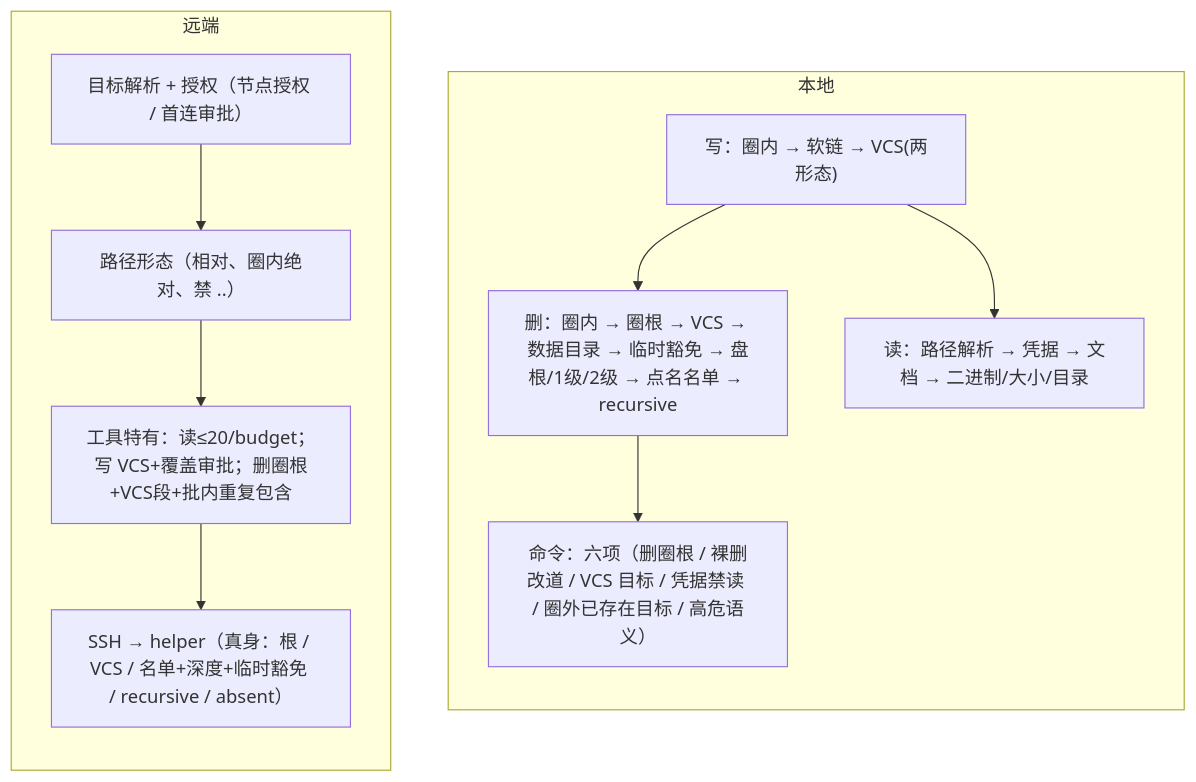
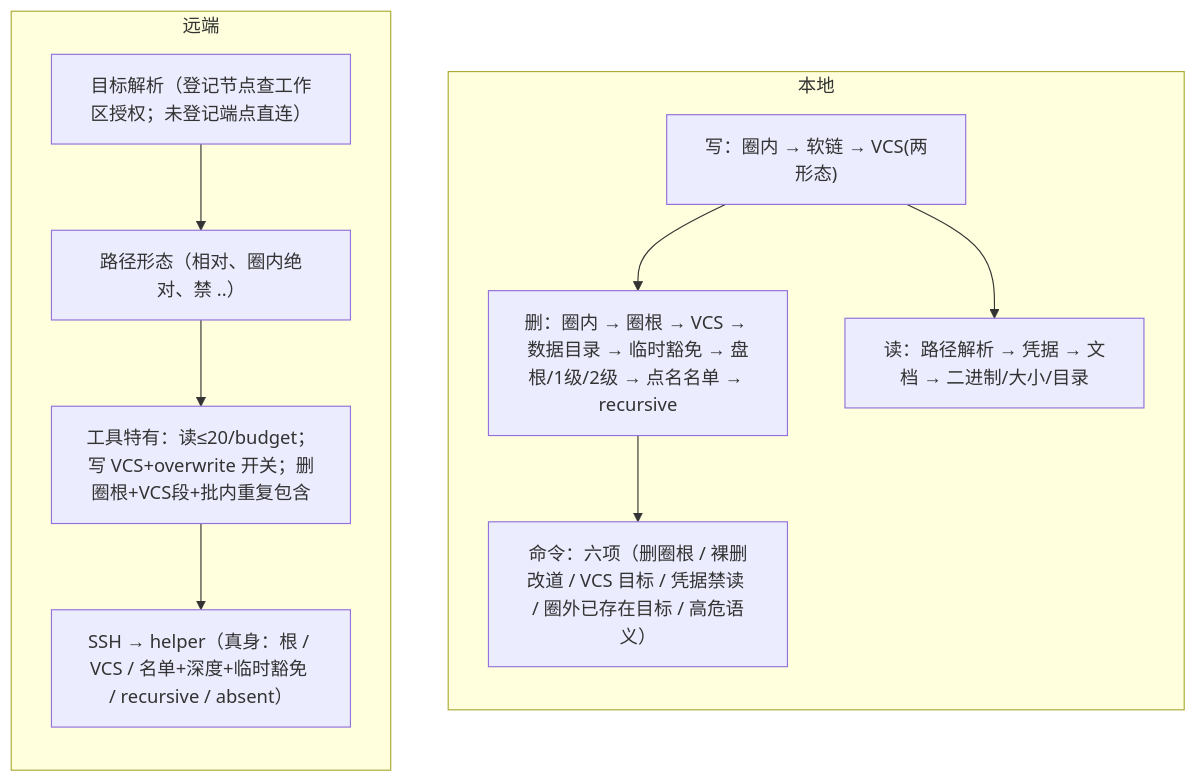
One commit to Bronya0/ally-agent changed the diagram in docs/safety-fence.md. Above: the diagram before and after it, drawn with Mermaid. The commit also changed other lines of this file and 12 other files, not shown here.

````diff
--- a/docs/safety-fence.md
+++ b/docs/safety-fence.md
@@ -23,15 +23,15 @@
 ```mermaid
 flowchart TB
   subgraph L["本地"]
     direction TB
     L1["写：圈内 → 软链 → VCS(两形态)"]:::core --> L2["删：圈内 → 圈根 → VCS → 数据目录 → 临时豁免 → 盘根/1级/2级 → 点名名单 → recursive"]:::ev
     L2 --> L3["命令：六项（删圈根 / 裸删改道 / VCS 目标 / 凭据禁读 / 圈外已存在目标 / 高危语义）"]:::exec
     L1 --> L4["读：路径解析 → 凭据 → 文档 → 二进制/大小/目录"]:::prov
   end
   subgraph R["远端"]
     direction TB
-    R1["目标解析 + 授权（节点授权 / 首连审批）"]:::llm --> R2["路径形态（相对、圈内绝对、禁 ..）"]:::core
-    R2 --> R3["工具特有：读≤20/budget；写 VCS+覆盖审批；删圈根+VCS段+批内重复包含"]:::ev
+    R1["目标解析（登记节点查工作区授权；未登记端点直连）"]:::llm --> R2["路径形态（相对、圈内绝对、禁 ..）"]:::core
+    R2 --> R3["工具特有：读≤20/budget；写 VCS+overwrite 开关；删圈根+VCS段+批内重复包含"]:::ev
     R3 --> R4["SSH → helper（真身：根 / VCS / 名单+深度+临时豁免 / recursive / absent）"]:::risk
   end
 ```
````
